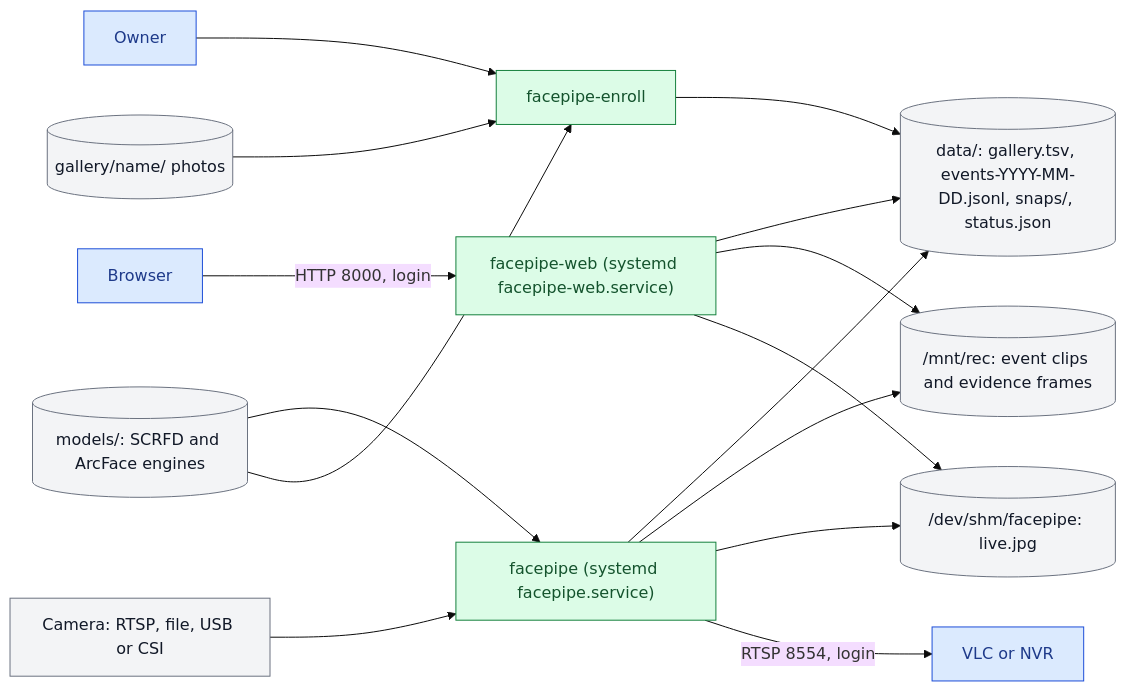
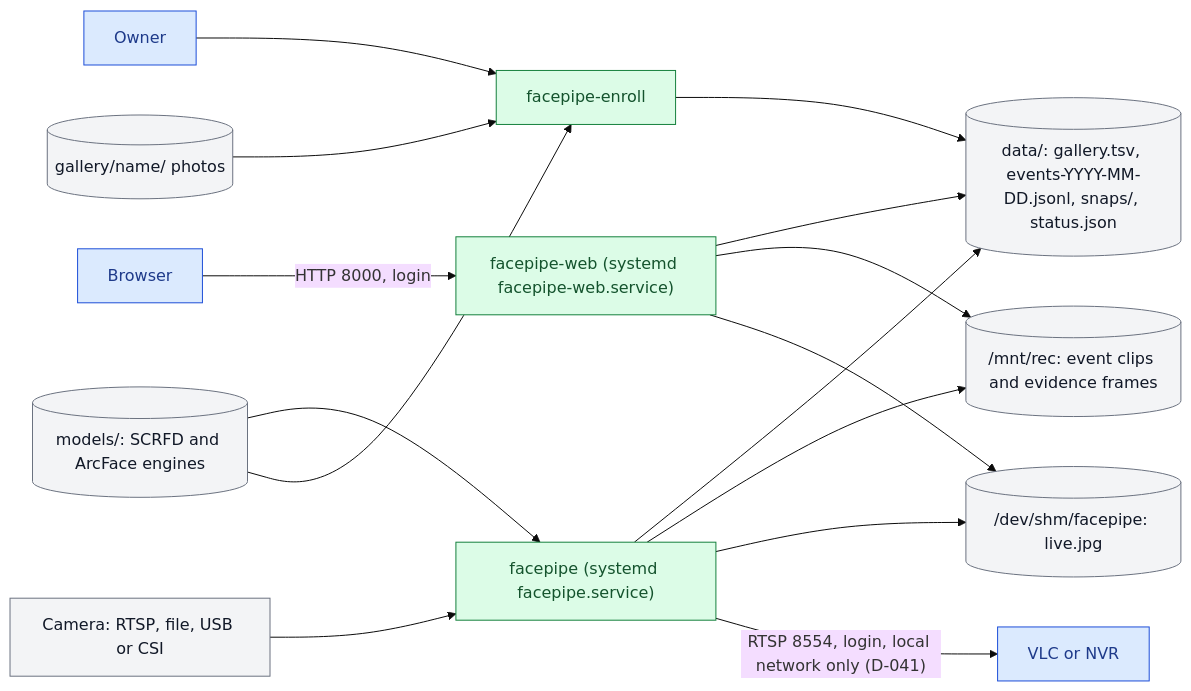
The first of 2 diagrams in docs/ARCHITECTURE.md (hamza-aziz-ai/Jetson-Nano-Face-Recognition-Attendance-System), drawn with Mermaid (base theme) before and after one commit. The commit also changed 12 other files, not shown here.

First line of the commit message:
fix(security): RTSP serves the local network only so the live picture reaches the internet only through the website (#23)

````diff
--- a/docs/ARCHITECTURE.md
+++ b/docs/ARCHITECTURE.md
@@ -11,20 +11,20 @@
 ```mermaid
 flowchart LR
   CAM["`Camera: RTSP, file, USB or CSI`"]:::store --> FP["`facepipe (systemd facepipe.service)`"]:::step
   FP --> DATA[("`data/: gallery.tsv, events-YYYY-MM-DD.jsonl, snaps/, status.json`")]:::store
   FP --> REC[("`/mnt/rec: event clips and evidence frames`")]:::store
   FP --> SHM[("`/dev/shm/facepipe: live.jpg`")]:::store
-  FP -->|"`RTSP 8554, login`"| VLC["`VLC or NVR`"]:::entry
+  FP -->|"`RTSP 8554, login, local network only (D-041)`"| VLC["`VLC or NVR`"]:::entry
   BROWSER["`Browser`"]:::entry -->|"`HTTP 8000, login`"| WEB["`facepipe-web (systemd facepipe-web.service)`"]:::step
   WEB --> DATA
   WEB --> REC
   WEB --> SHM
   ADMIN["`Owner`"]:::entry --> ENROLL["`facepipe-enroll`"]:::step
   PHOTOS[("`gallery/name/ photos`")]:::store --> ENROLL
   ENROLL --> DATA
   MODELS[("`models/: SCRFD and ArcFace engines`")]:::store --> FP
   MODELS --> ENROLL
   classDef entry fill:#dbeafe,stroke:#1d4ed8,color:#1e3a8a
   classDef step fill:#dcfce7,stroke:#15803d,color:#14532d
   classDef store fill:#f3f4f6,stroke:#6b7280,color:#111827
 ```
````
